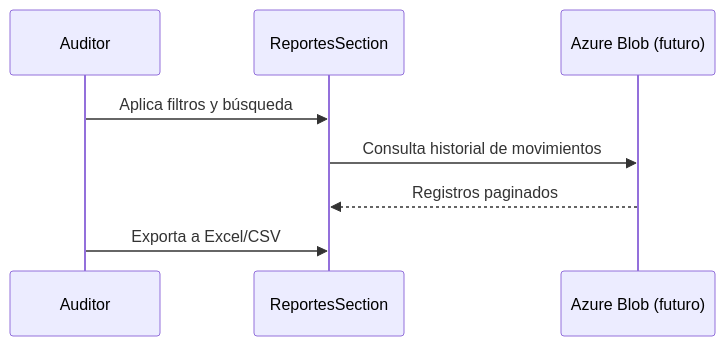
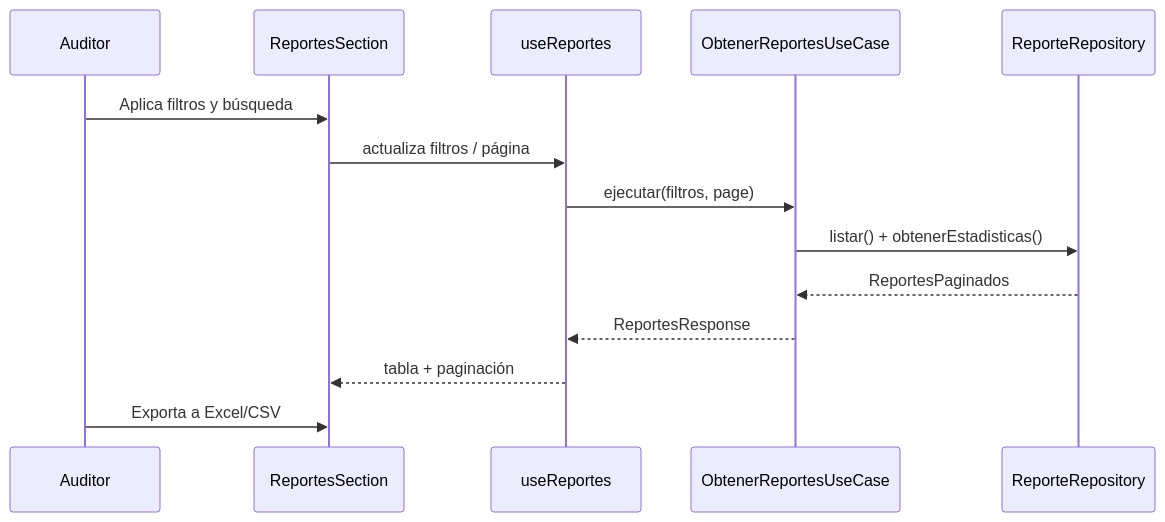
One commit to miguelgr716playful/AutomatizacionLicencias changed the third of 4 diagrams in docs/ARQUITECTURA.md. Above: the diagram before and after it, drawn with Mermaid. The commit also changed other lines of this file and 35 other files, not shown here.

Commit message:
update architecture

````diff
--- a/docs/ARQUITECTURA.md
+++ b/docs/ARQUITECTURA.md
@@ -179,11 +218,17 @@
 ```mermaid
 sequenceDiagram
     participant A as Auditor
     participant UI as ReportesSection
-    participant Store as Azure Blob (futuro)
+    participant Hook as useReportes
+    participant UC as ObtenerReportesUseCase
+    participant Repo as ReporteRepository
 
     A->>UI: Aplica filtros y búsqueda
-    UI->>Store: Consulta historial de movimientos
-    Store-->>UI: Registros paginados
+    UI->>Hook: actualiza filtros / página
+    Hook->>UC: ejecutar(filtros, page)
+    UC->>Repo: listar() + obtenerEstadisticas()
+    Repo-->>UC: ReportesPaginados
+    UC-->>Hook: ReportesResponse
+    Hook-->>UI: tabla + paginación
     A->>UI: Exporta a Excel/CSV
 ```
````
